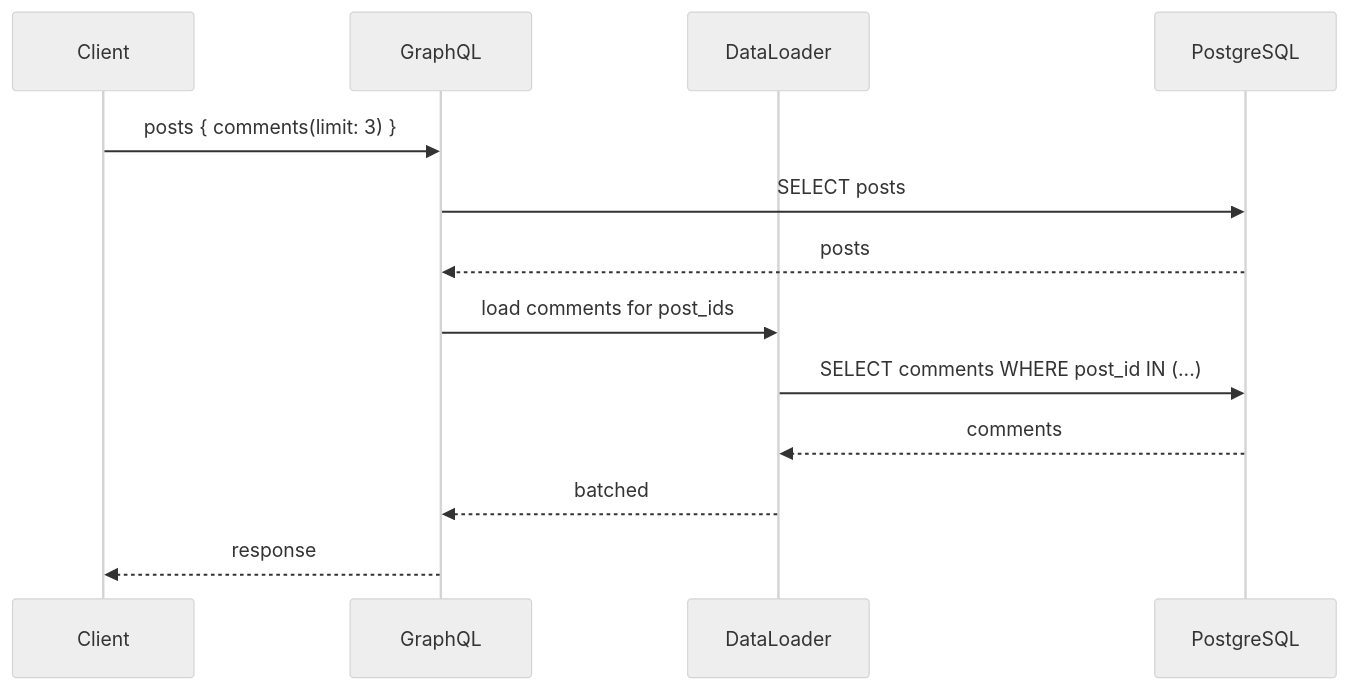
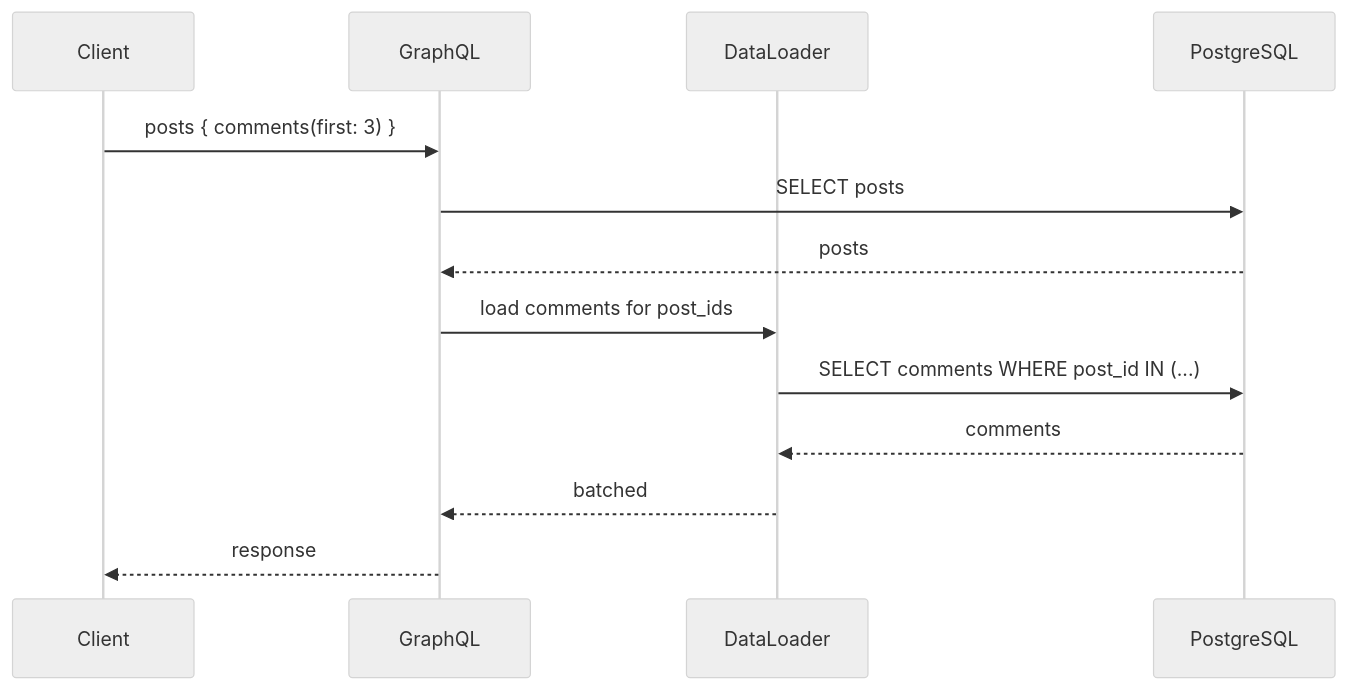
One commit to exception-e/postfeed changed the third of 3 diagrams in README.md. Above: the diagram before and after it, drawn with Mermaid (neutral theme). The commit also changed other lines of this file and 13 other files, not shown here.

````diff
--- a/README.md
+++ b/README.md
@@ -230,16 +230,16 @@
 ```mermaid
 sequenceDiagram
 participant C as Client
 participant G as GraphQL
 participant D as DataLoader
 participant DB as PostgreSQL
 
-    C->>G: posts { comments(limit: 3) }
+    C->>G: posts { comments(first: 3) }
     G->>DB: SELECT posts
     DB-->>G: posts
     G->>D: load comments for post_ids
     D->>DB: SELECT comments WHERE post_id IN (...)
     DB-->>D: comments
     D-->>G: batched
     G-->>C: response
 ```
````
